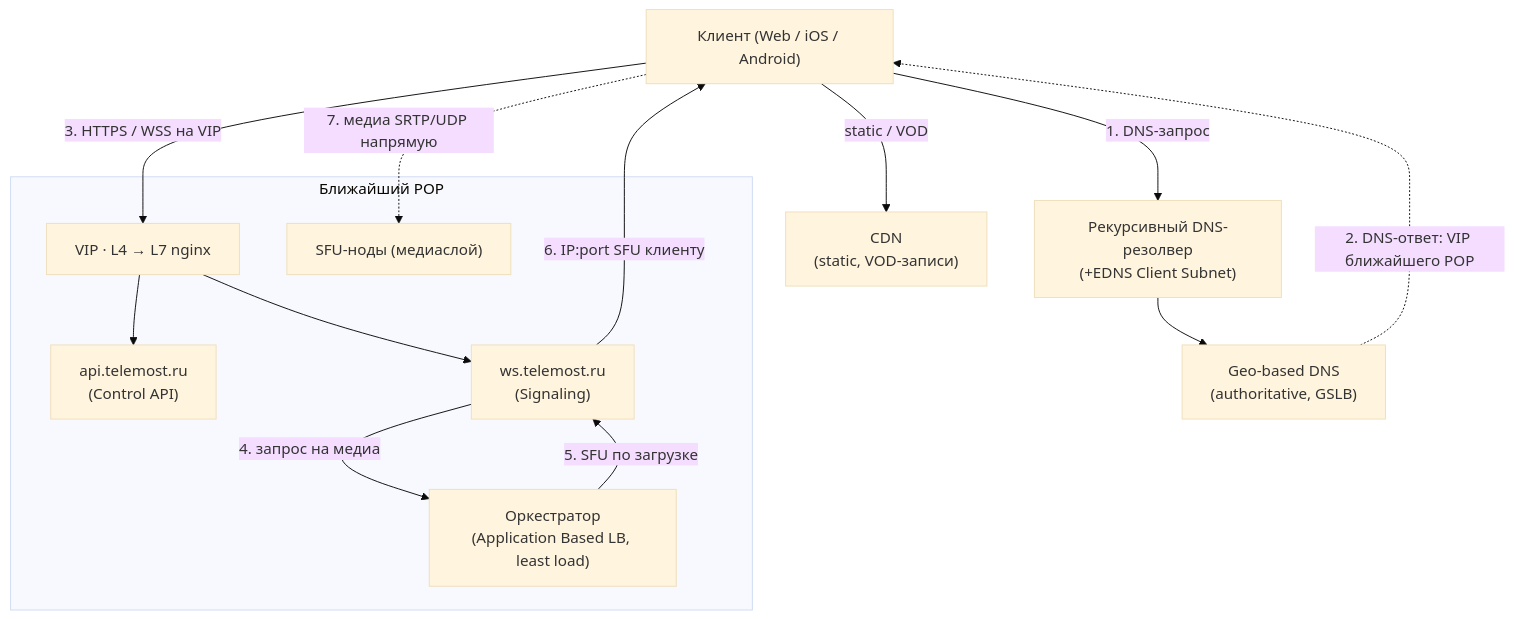
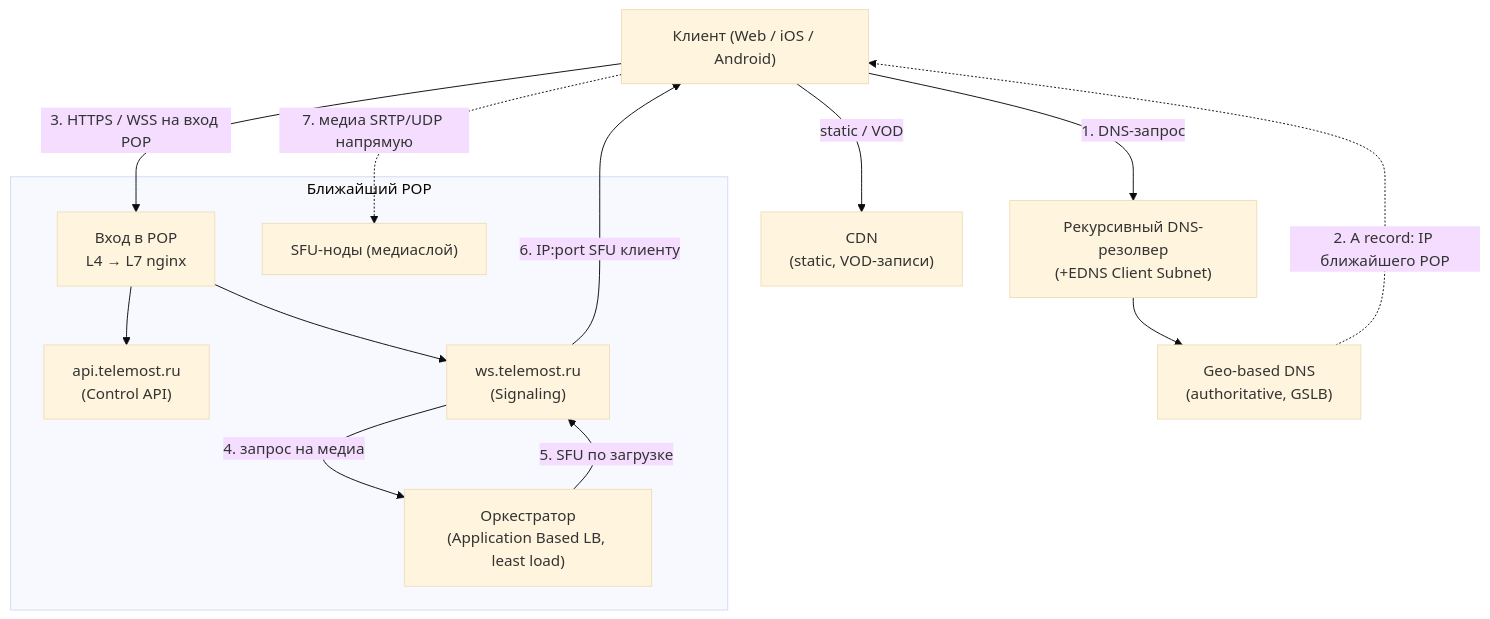
One commit to armishev/highload_course_project changed the first of 5 diagrams in README.md. Above: the diagram before and after it, drawn with Mermaid (base theme). The commit also changed other lines of this file, not shown here.

````diff
--- a/README.md
+++ b/README.md
@@ -461,27 +461,27 @@
 ```mermaid
 flowchart TD
     U["Клиент (Web / iOS / Android)"]
     R["Рекурсивный DNS-резолвер<br/>(+EDNS Client Subnet)"]
     G["Geo-based DNS<br/>(authoritative, GSLB)"]
     CDN["CDN<br/>(static, VOD-записи)"]
 
     subgraph POP["Ближайший POP"]
-        VIP["VIP · L4 → L7 nginx"]
+        VIP["Вход в POP<br/>L4 → L7 nginx"]
         API["api.telemost.ru<br/>(Control API)"]
         WS["ws.telemost.ru<br/>(Signaling)"]
         O["Оркестратор<br/>(Application Based LB, least load)"]
         SFU["SFU-ноды (медиаслой)"]
     end
 
     U -->|"1. DNS-запрос"| R
     R --> G
-    G -.->|"2. DNS-ответ: VIP ближайшего POP"| U
-    U -->|"3. HTTPS / WSS на VIP"| VIP
+    G -.->|"2. A record: IP ближайшего POP"| U
+    U -->|"3. HTTPS / WSS на вход POP"| VIP
     VIP --> API
     VIP --> WS
     WS -->|"4. запрос на медиа"| O
     O -->|"5. SFU по загрузке"| WS
     WS -->|"6. IP:port SFU клиенту"| U
     U -.->|"7. медиа SRTP/UDP напрямую"| SFU
     U -->|"static / VOD"| CDN
 ```
````
